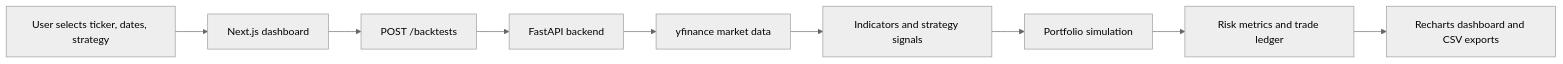
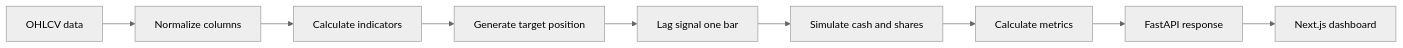
One commit to TJA0308/AlphaNexus-Quant-Suite changed the diagram in README.md. Above: the diagram before and after it, drawn with Mermaid (neutral theme). The commit also changed other lines of this file, not shown here.

````diff
--- a/README.md
+++ b/README.md
@@ -77,11 +30,11 @@
 ```mermaid
 flowchart LR
-    A[User selects ticker, dates, strategy] --> B[Next.js dashboard]
-    B --> C[POST /backtests]
-    C --> D[FastAPI backend]
-    D --> E[yfinance market data]
-    E --> F[Indicators and strategy signals]
-    F --> G[Portfolio simulation]
-    G --> H[Risk metrics and trade ledger]
-    H --> I[Recharts dashboard and CSV exports]
+    A[OHLCV data] --> B[Normalize columns]
+    B --> C[Calculate indicators]
+    C --> D[Generate target position]
+    D --> E[Lag signal one bar]
+    E --> F[Simulate cash and shares]
+    F --> G[Calculate metrics]
+    G --> H[FastAPI response]
+    H --> I[Next.js dashboard]
 ```
````
